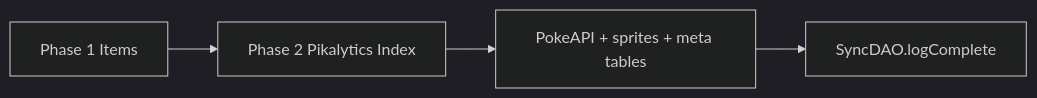
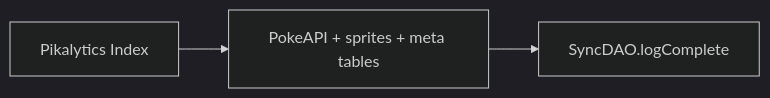
The diagram in docs/services/sync-overview.md (danielyepez13/pokemon-champions-app), drawn with Mermaid (dark theme) before and after one commit. The commit also changed other lines of this file and 39 other files, not shown here.

````diff
--- a/docs/services/sync-overview.md
+++ b/docs/services/sync-overview.md
@@ -29,6 +29,5 @@
 ```mermaid
 flowchart LR
-  P1[Phase 1 Items] --> P2[Phase 2 Pikalytics Index]
-  P2 --> Enrich[PokeAPI + sprites + meta tables]
+  Index[Pikalytics Index] --> Enrich[PokeAPI + sprites + meta tables]
   Enrich --> Done[SyncDAO.logComplete]
 ```
````
